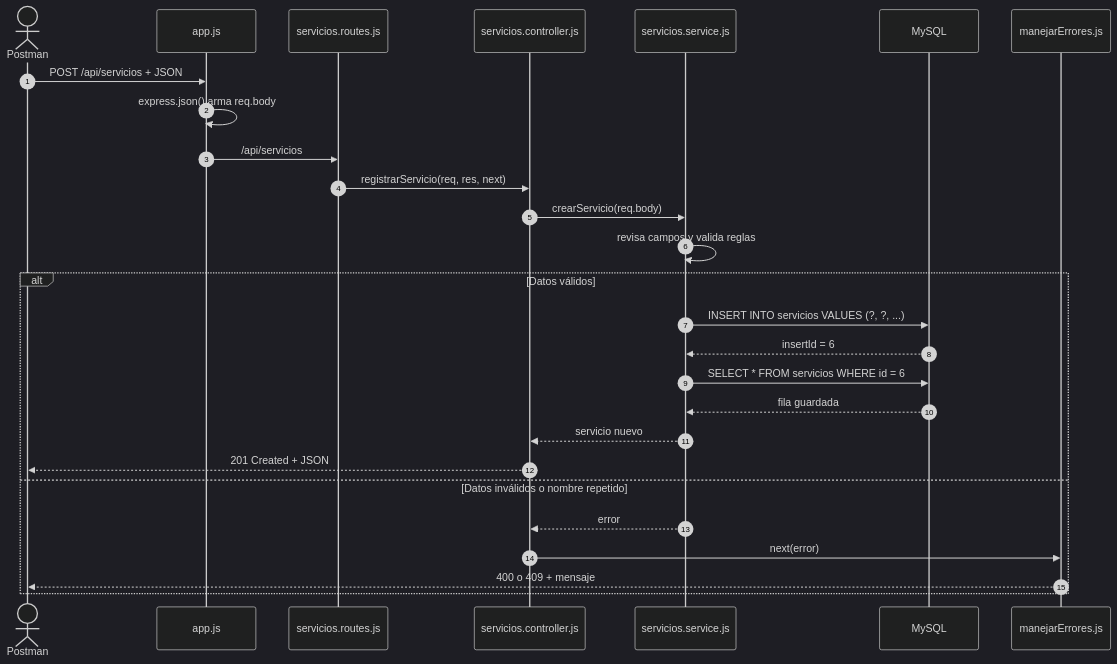
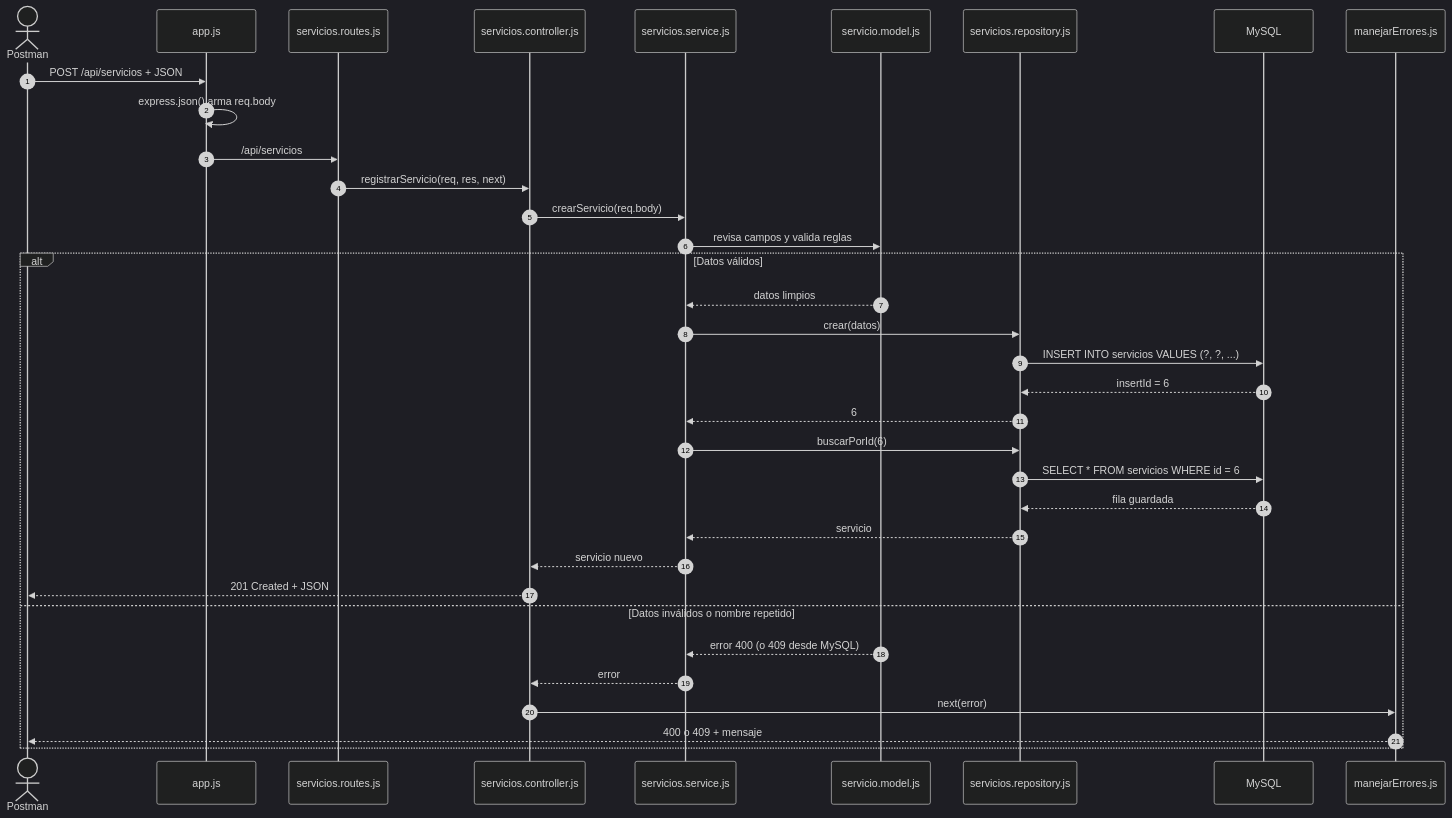
Before and after one commit to jcondori-ucal/kodo-backend: the third of 6 diagrams in README.md, drawn with Mermaid (dark theme). The commit also changed other lines of this file and 6 other files, not shown here.

````diff
--- a/README.md
+++ b/README.md
@@ -205,30 +225,38 @@
 ```mermaid
 sequenceDiagram
     autonumber
     actor Cliente as Postman
     participant App as app.js
     participant Ruta as servicios.routes.js
     participant Ctrl as servicios.controller.js
     participant Serv as servicios.service.js
+    participant Mod as servicio.model.js
+    participant Repo as servicios.repository.js
     participant BD as MySQL
     participant Err as manejarErrores.js
 
     Cliente->>App: POST /api/servicios + JSON
     App->>App: express.json() arma req.body
     App->>Ruta: /api/servicios
     Ruta->>Ctrl: registrarServicio(req, res, next)
     Ctrl->>Serv: crearServicio(req.body)
-    Serv->>Serv: revisa campos y valida reglas
+    Serv->>Mod: revisa campos y valida reglas
     alt Datos válidos
-        Serv->>BD: INSERT INTO servicios VALUES (?, ?, ...)
-        BD-->>Serv: insertId = 6
-        Serv->>BD: SELECT * FROM servicios WHERE id = 6
-        BD-->>Serv: fila guardada
+        Mod-->>Serv: datos limpios
+        Serv->>Repo: crear(datos)
+        Repo->>BD: INSERT INTO servicios VALUES (?, ?, ...)
+        BD-->>Repo: insertId = 6
+        Repo-->>Serv: 6
+        Serv->>Repo: buscarPorId(6)
+        Repo->>BD: SELECT * FROM servicios WHERE id = 6
+        BD-->>Repo: fila guardada
+        Repo-->>Serv: servicio
         Serv-->>Ctrl: servicio nuevo
         Ctrl-->>Cliente: 201 Created + JSON
     else Datos inválidos o nombre repetido
+        Mod-->>Serv: error 400 (o 409 desde MySQL)
         Serv-->>Ctrl: error
         Ctrl->>Err: next(error)
         Err-->>Cliente: 400 o 409 + mensaje
     end
 ```
````
